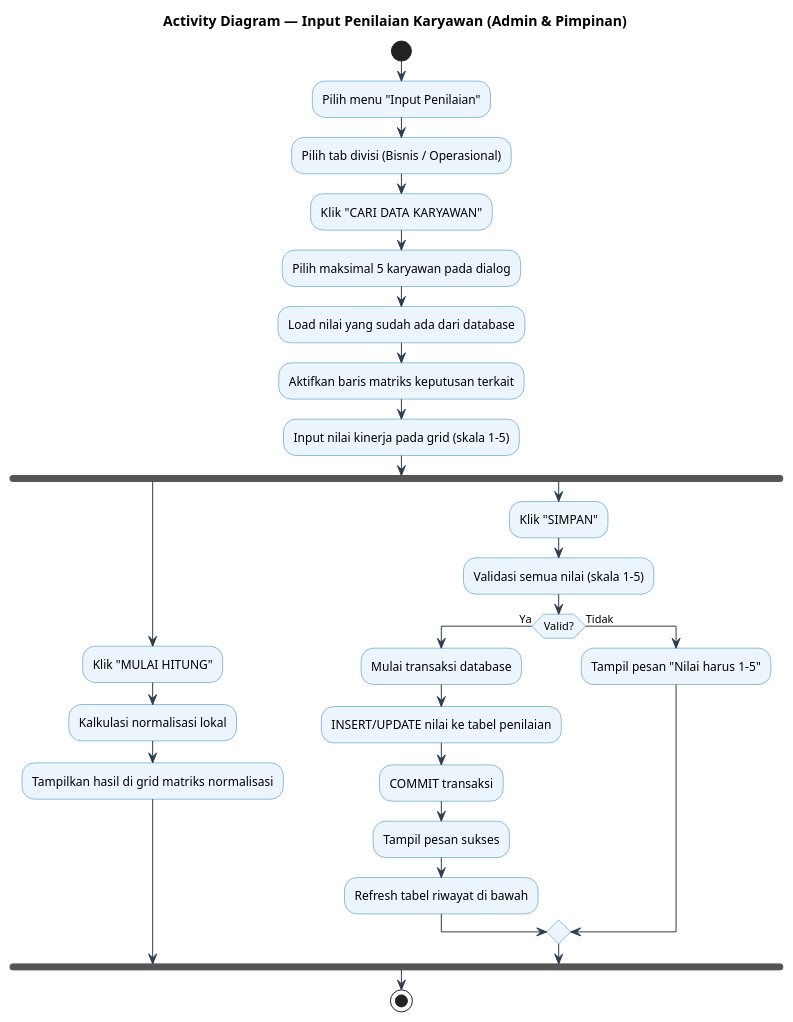
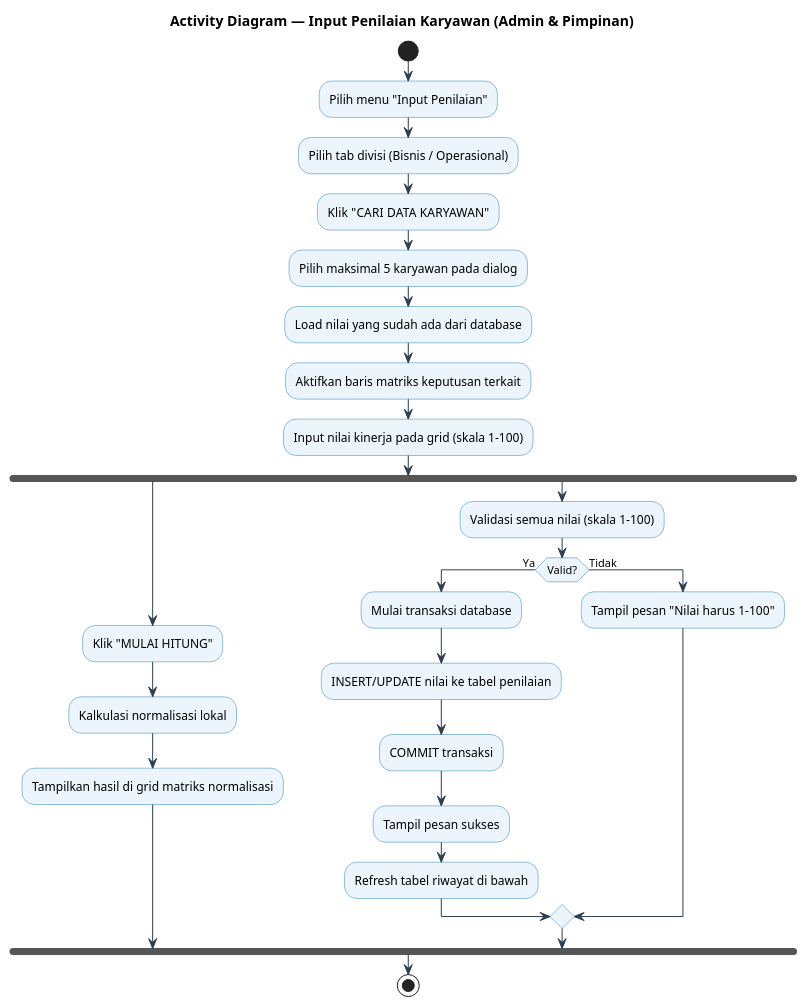
One commit to caidenrev/spk-bri-2.0 changed the fourth of 14 diagrams in BAB4_DIAGRAM.md. Above: the diagram before and after it, drawn with PlantUML. The commit also changed other lines of this file and 4 other files, not shown here.

````diff
--- a/BAB4_DIAGRAM.md
+++ b/BAB4_DIAGRAM.md
@@ -183,36 +183,35 @@
 ```plantuml
 @startuml ActivityPenilaian
 skinparam activityBackgroundColor #EBF5FB
 skinparam activityBorderColor #2980B9
 skinparam arrowColor #2C3E50
 title Activity Diagram — Input Penilaian Karyawan (Admin & Pimpinan)
 
 start
 :Pilih menu "Input Penilaian";
 :Pilih tab divisi (Bisnis / Operasional);
 :Klik "CARI DATA KARYAWAN";
 :Pilih maksimal 5 karyawan pada dialog;
 :Load nilai yang sudah ada dari database;
 :Aktifkan baris matriks keputusan terkait;
-:Input nilai kinerja pada grid (skala 1-5);
+:Input nilai kinerja pada grid (skala 1-100);
 
 fork
   :Klik "MULAI HITUNG";
   :Kalkulasi normalisasi lokal;
   :Tampilkan hasil di grid matriks normalisasi;
 fork again
-  :Klik "SIMPAN";
-  :Validasi semua nilai (skala 1-5);
+  :Validasi semua nilai (skala 1-100);
   if (Valid?) then (Ya)
     :Mulai transaksi database;
     :INSERT/UPDATE nilai ke tabel penilaian;
     :COMMIT transaksi;
     :Tampil pesan sukses;
     :Refresh tabel riwayat di bawah;
   else (Tidak)
-    :Tampil pesan "Nilai harus 1-5";
+    :Tampil pesan "Nilai harus 1-100";
   endif
 end fork
 stop
 @enduml
 ```
````
